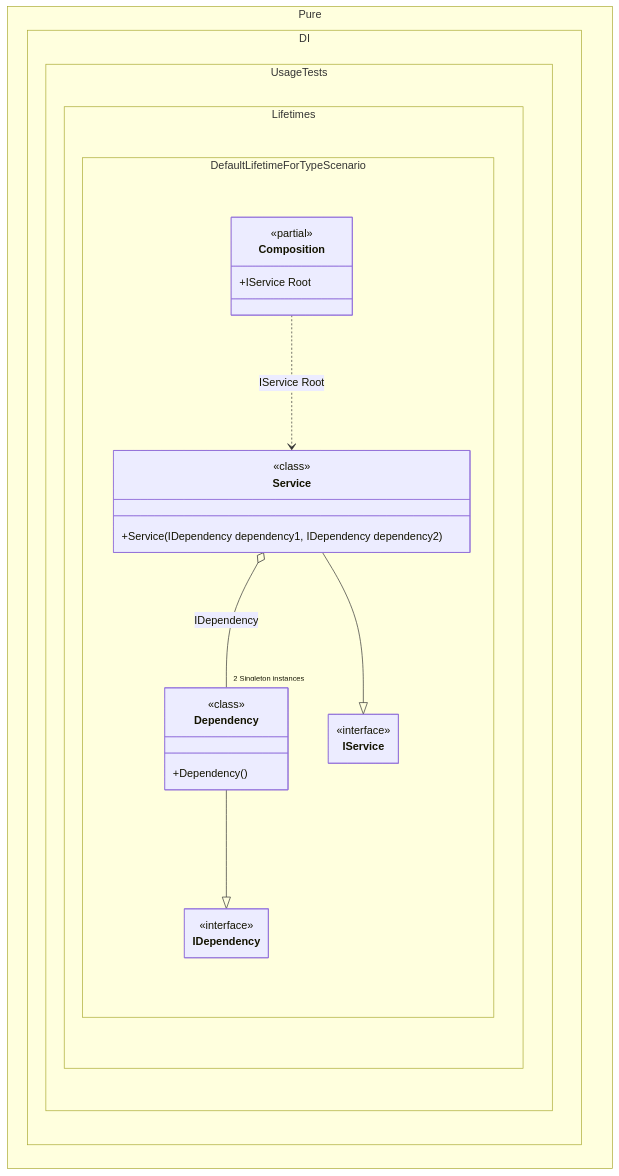
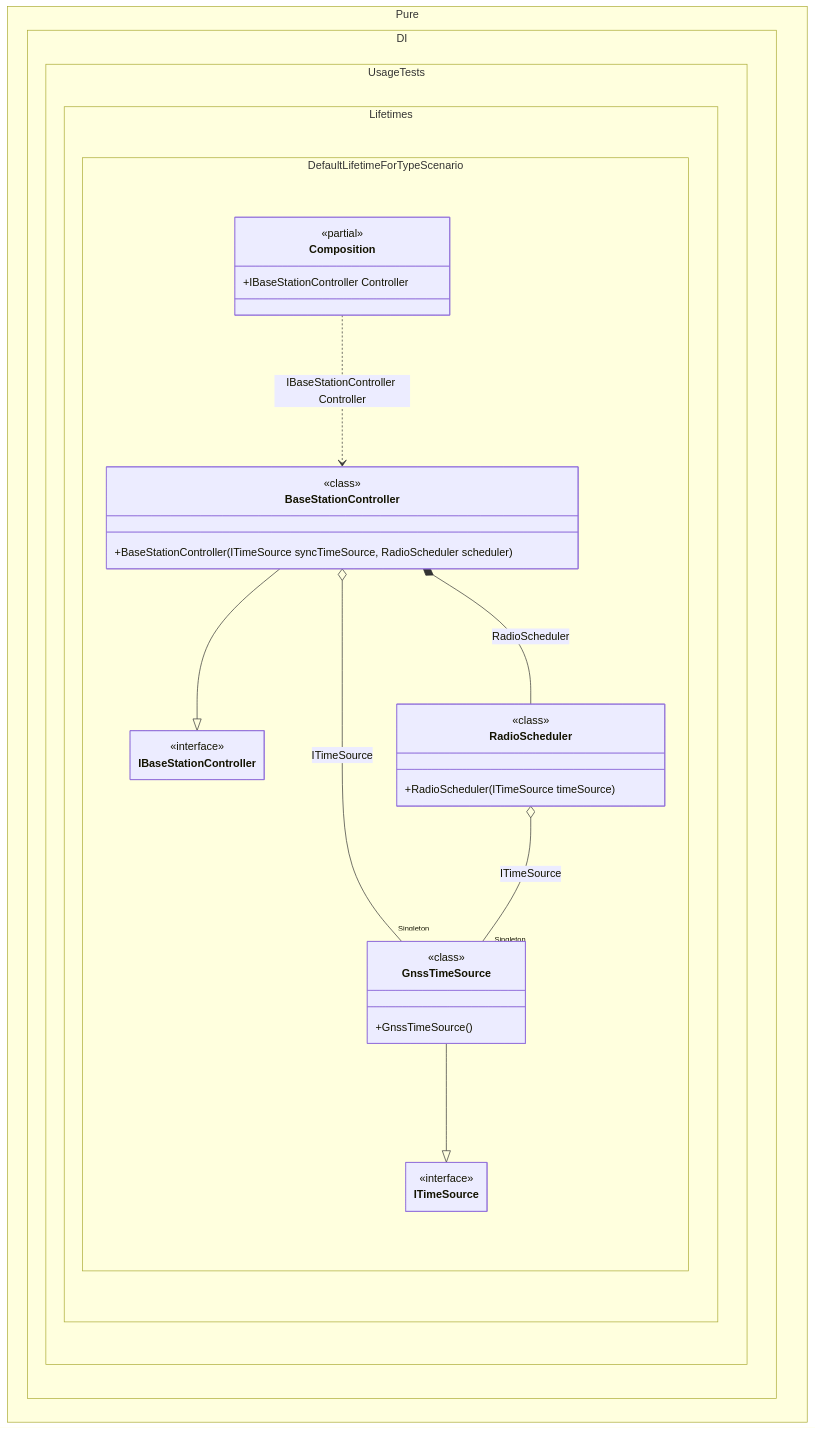
Before and after one commit to DevTeam/Pure.DI: the diagram in readme/default-lifetime-for-a-type.md, drawn with Mermaid. The commit also changed other lines of this file and 126 other files, not shown here.

````diff
--- a/readme/default-lifetime-for-a-type.md
+++ b/readme/default-lifetime-for-a-type.md
@@ -129,34 +164,40 @@
 ```mermaid
 ---
  config:
   maxTextSize: 2147483647
   maxEdges: 2147483647
   class:
    hideEmptyMembersBox: true
 ---
 classDiagram
-	Dependency --|> IDependency
-	Service --|> IService
-	Composition ..> Service : IService Root
-	Service o-- "2 Singleton instances" Dependency : IDependency
+	GnssTimeSource --|> ITimeSource
+	BaseStationController --|> IBaseStationController
+	Composition ..> BaseStationController : IBaseStationController Controller
+	BaseStationController o-- "Singleton" GnssTimeSource : ITimeSource
+	BaseStationController *--  RadioScheduler : RadioScheduler
+	RadioScheduler o-- "Singleton" GnssTimeSource : ITimeSource
 	namespace Pure.DI.UsageTests.Lifetimes.DefaultLifetimeForTypeScenario {
+		class BaseStationController {
+				<<class>>
+			+BaseStationController(ITimeSource syncTimeSource, RadioScheduler scheduler)
+		}
 		class Composition {
 		<<partial>>
-		+IService Root
+		+IBaseStationController Controller
 		}
-		class Dependency {
+		class GnssTimeSource {
 				<<class>>
-			+Dependency()
+			+GnssTimeSource()
 		}
-		class IDependency {
+		class IBaseStationController {
 			<<interface>>
 		}
-		class IService {
+		class ITimeSource {
 			<<interface>>
 		}
-		class Service {
+		class RadioScheduler {
 				<<class>>
-			+Service(IDependency dependency1, IDependency dependency2)
+			+RadioScheduler(ITimeSource timeSource)
 		}
 	}
 ```
````
